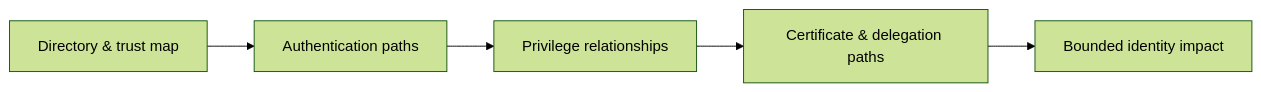
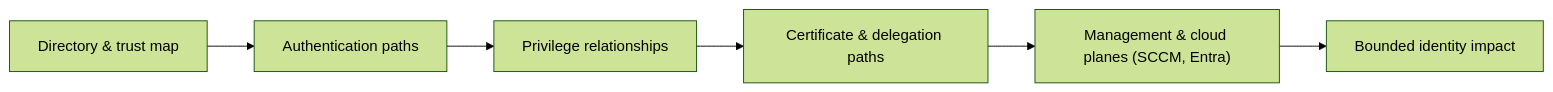
The diagram in Offensive Security/Penetration Testing/Active Directory & Identity Exploitation/Active Directory & Identity Exploitation.md (nnr-root/cybersec-crook2root-notes), drawn with Mermaid (forest theme) before and after one commit. The commit also changed other lines of this file and 9 other files, not shown here.

````diff
--- a/Offensive Security/Penetration Testing/Active Directory & Identity Exploitation/Active Directory & Identity Exploitation.md
+++ b/Offensive Security/Penetration Testing/Active Directory & Identity Exploitation/Active Directory & Identity Exploitation.md
@@ -14,7 +14,8 @@
 ```mermaid
 flowchart LR
     D["Directory & trust map"] --> A["Authentication paths"]
     A --> P["Privilege relationships"]
     P --> C["Certificate & delegation paths"]
-    C --> I["Bounded identity impact"]
+    C --> M["Management & cloud planes (SCCM, Entra)"]
+    M --> I["Bounded identity impact"]
 ```
````
